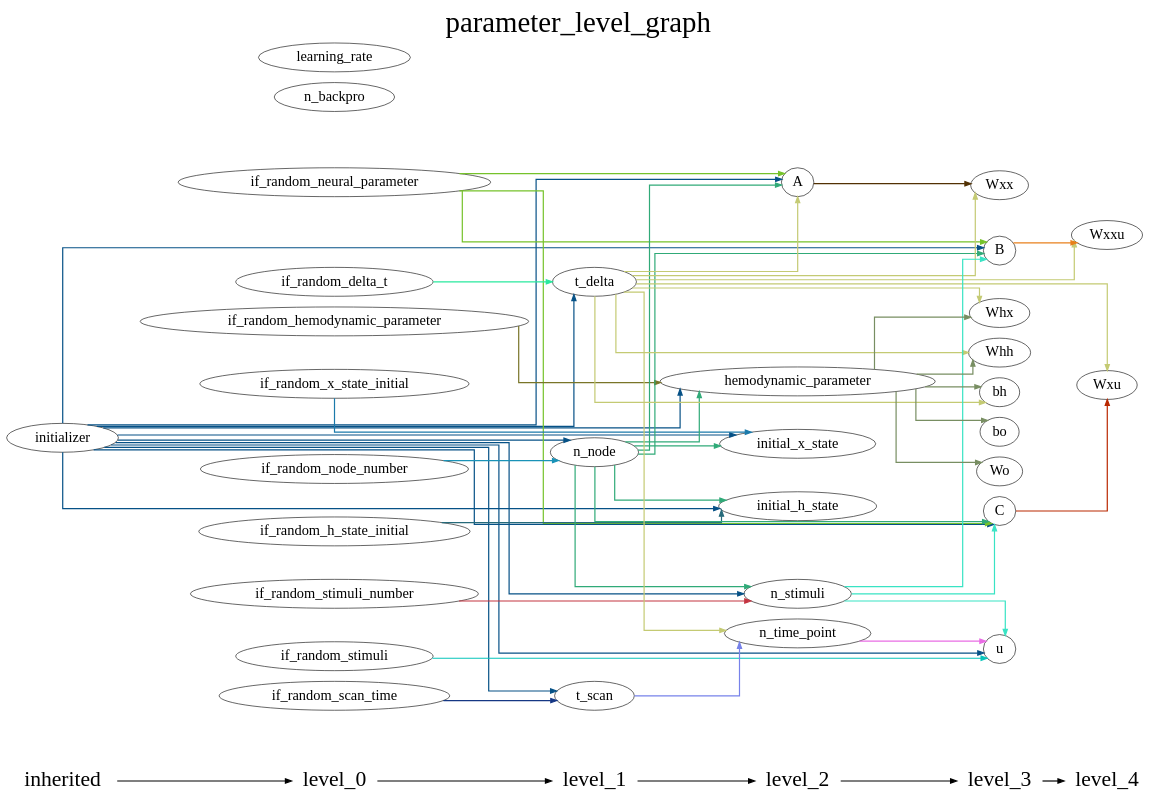
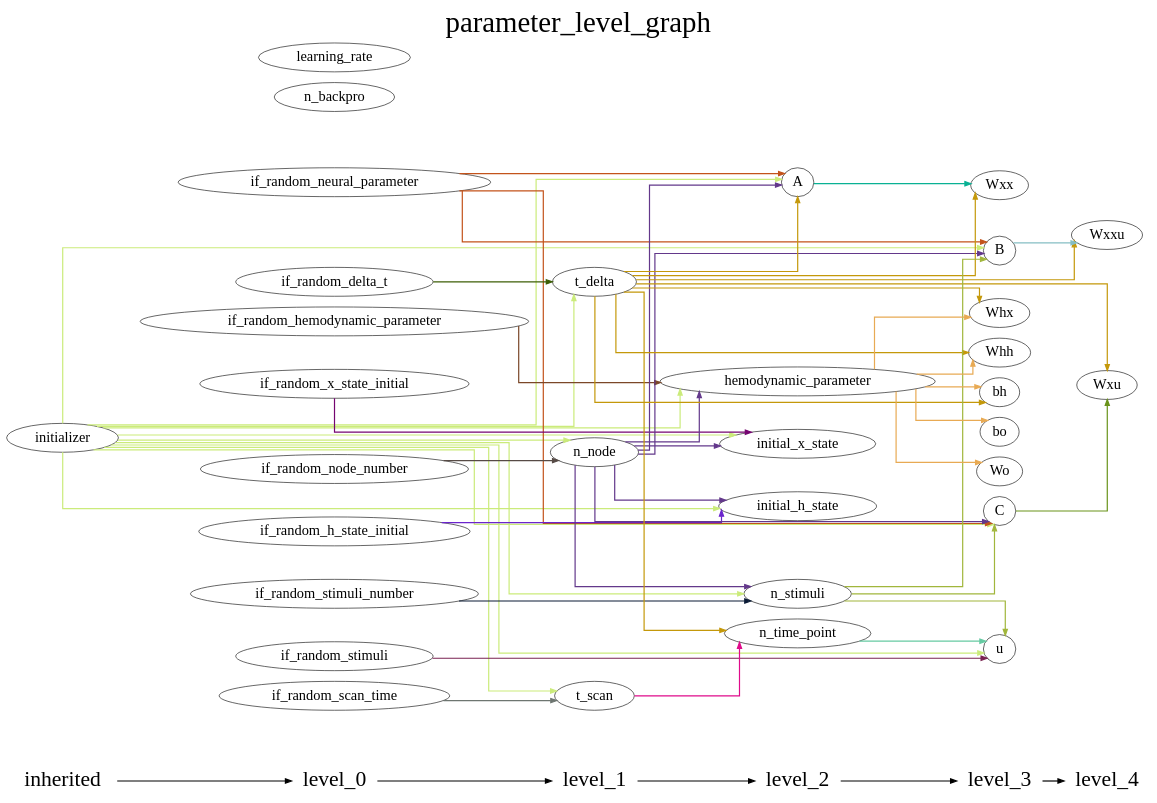
One commit to YuanWangOnward/DCM_RNN changed the diagram in DCM_RNN/documents/parameter_level_graph.gv. Above: the diagram before and after it, drawn with Graphviz. The commit also changed 4 other files, not shown here.

```diff
--- a/DCM_RNN/documents/parameter_level_graph.gv
+++ b/DCM_RNN/documents/parameter_level_graph.gv
@@ -1,118 +1,131 @@
 digraph G {
           splines=ortho;
           fontsize = 48;
           rankdir = "LR";
           node[fontsize=24];
           edge[penwidth=2];
           {
           node [shape=plaintext fontsize=36];
           inherited -> 
           level_0 -> 
           level_1 -> 
           level_2 -> 
           level_3 -> 
           level_4
           }
           {rank = same;
           inherited;
           initializer;
           }
           {rank = same;
           level_0;
           if_random_neural_parameter;
           if_random_hemodynamic_parameter;
           if_random_x_state_initial;
           if_random_h_state_initial;
           if_random_stimuli;
           if_random_node_number;
           if_random_stimuli_number;
           if_random_delta_t;
           if_random_scan_time;
           n_backpro;
           learning_rate;
           }
           {rank = same;
           level_1;
           n_node;
           t_delta;
           t_scan;
           }
           {rank = same;
           level_2;
           n_time_point;
           n_stimuli;
           A;
           hemodynamic_parameter;
           initial_x_state;
           initial_h_state;
           }
           {rank = same;
           level_3;
           u;
           B;
           C;
           Wxx;
           Whx;
           Whh;
           bh;
           Wo;
           bo;
           }
           {rank = same;
           level_4;
           Wxxu;
           Wxu;
           }
-          if_random_node_number -> n_node [color="#1992B7"];
-          if_random_h_state_initial -> initial_h_state [color="#266A7A"];
-          initializer -> u [color="#065186"];
-          initializer -> A [color="#065186"];
-          initializer -> n_stimuli [color="#065186"];
-          initializer -> hemodynamic_parameter [color="#065186"];
-          initializer -> initial_x_state [color="#065186"];
-          initializer -> t_scan [color="#065186"];
-          initializer -> C [color="#065186"];
-          initializer -> n_node [color="#065186"];
-          initializer -> initial_h_state [color="#065186"];
-          initializer -> B [color="#065186"];
-          initializer -> t_delta [color="#065186"];
-          t_scan -> n_time_point [color="#7782EA"];
-          if_random_stimuli_number -> n_stimuli [color="#C43441"];
-          if_random_x_state_initial -> initial_x_state [color="#1B7AAB"];
-          C -> Wxu [color="#B92801"];
-          if_random_stimuli -> u [color="#06C4BA"];
-          n_time_point -> u [color="#E96CE4"];
-          if_random_scan_time -> t_scan [color="#153784"];
-          A -> Wxx [color="#523103"];
-          if_random_neural_parameter -> A [color="#76C22B"];
-          if_random_neural_parameter -> C [color="#76C22B"];
-          if_random_neural_parameter -> B [color="#76C22B"];
-          n_node -> A [color="#30AA78"];
-          n_node -> n_stimuli [color="#30AA78"];
-          n_node -> hemodynamic_parameter [color="#30AA78"];
-          n_node -> initial_x_state [color="#30AA78"];
-          n_node -> C [color="#30AA78"];
-          n_node -> initial_h_state [color="#30AA78"];
-          n_node -> B [color="#30AA78"];
-          n_stimuli -> u [color="#38E3C4"];
-          n_stimuli -> C [color="#38E3C4"];
-          n_stimuli -> B [color="#38E3C4"];
-          if_random_delta_t -> t_delta [color="#29E99E"];
-          if_random_hemodynamic_parameter -> hemodynamic_parameter [color="#797528"];
-          B -> Wxxu [color="#E8801C"];
-          t_delta -> Wxx [color="#C4CA73"];
-          t_delta -> Wxu [color="#C4CA73"];
-          t_delta -> Whh [color="#C4CA73"];
-          t_delta -> n_time_point [color="#C4CA73"];
-          t_delta -> bh [color="#C4CA73"];
-          t_delta -> A [color="#C4CA73"];
-          t_delta -> Wxxu [color="#C4CA73"];
-          t_delta -> Whx [color="#C4CA73"];
-          hemodynamic_parameter -> Whh [color="#788E62"];
-          hemodynamic_parameter -> bh [color="#788E62"];
-          hemodynamic_parameter -> Whx [color="#788E62"];
-          hemodynamic_parameter -> Wo [color="#788E62"];
-          hemodynamic_parameter -> bo [color="#788E62"];
+          t_delta -> Whh [color="#C4980A"];
+          t_delta -> Whx [color="#C4980A"];
+          t_delta -> Wxxu [color="#C4980A"];
+          t_delta -> Wxu [color="#C4980A"];
+          t_delta -> A [color="#C4980A"];
+          t_delta -> Wxx [color="#C4980A"];
+          t_delta -> n_time_point [color="#C4980A"];
+          t_delta -> bh [color="#C4980A"];
+          C -> Wxu [color="#6A931A"];
+          n_stimuli -> C [color="#A1B63C"];
+          n_stimuli -> B [color="#A1B63C"];
+          n_stimuli -> u [color="#A1B63C"];
+          initializer -> t_delta [color="#CBEB7B"];
+          initializer -> C [color="#CBEB7B"];
+          initializer -> t_scan [color="#CBEB7B"];
+          initializer -> n_stimuli [color="#CBEB7B"];
+          initializer -> initial_x_state [color="#CBEB7B"];
+          initializer -> n_node [color="#CBEB7B"];
+          initializer -> hemodynamic_parameter [color="#CBEB7B"];
+          initializer -> A [color="#CBEB7B"];
+          initializer -> B [color="#CBEB7B"];
+          initializer -> initial_h_state [color="#CBEB7B"];
+          initializer -> u [color="#CBEB7B"];
+          Whh ;
+          if_random_node_number -> n_node [color="#574B46"];
+          Whx ;
+          if_random_stimuli_number -> n_stimuli [color="#0A1A35"];
+          t_scan -> n_time_point [color="#E00B8B"];
+          initial_x_state ;
+          if_random_scan_time -> t_scan [color="#6E7671"];
+          n_node -> C [color="#63388B"];
+          n_node -> n_stimuli [color="#63388B"];
+          n_node -> initial_x_state [color="#63388B"];
+          n_node -> hemodynamic_parameter [color="#63388B"];
+          n_node -> A [color="#63388B"];
+          n_node -> B [color="#63388B"];
+          n_node -> initial_h_state [color="#63388B"];
+          Wxxu ;
+          bh ;
+          hemodynamic_parameter -> Whh [color="#E8AA54"];
+          hemodynamic_parameter -> Whx [color="#E8AA54"];
+          hemodynamic_parameter -> bo [color="#E8AA54"];
+          hemodynamic_parameter -> Wo [color="#E8AA54"];
+          hemodynamic_parameter -> bh [color="#E8AA54"];
+          n_time_point -> u [color="#66CAA2"];
+          if_random_x_state_initial -> initial_x_state [color="#750570"];
+          if_random_delta_t -> t_delta [color="#3C5E06"];
+          bo ;
+          if_random_stimuli -> u [color="#792150"];
+          Wxu ;
+          A -> Wxx [color="#09B194"];
+          B -> Wxxu [color="#85BEC3"];
+          initial_h_state ;
+          u ;
+          Wxx ;
+          if_random_neural_parameter -> C [color="#C3531B"];
+          if_random_neural_parameter -> A [color="#C3531B"];
+          if_random_neural_parameter -> B [color="#C3531B"];
+          if_random_h_state_initial -> initial_h_state [color="#6B24CC"];
+          Wo ;
+          if_random_hemodynamic_parameter -> hemodynamic_parameter [color="#7B4728"];
+          n_backpro ;
+          learning_rate ;
           labelloc = "t";
           label = "parameter_level_graph";
 }
```
